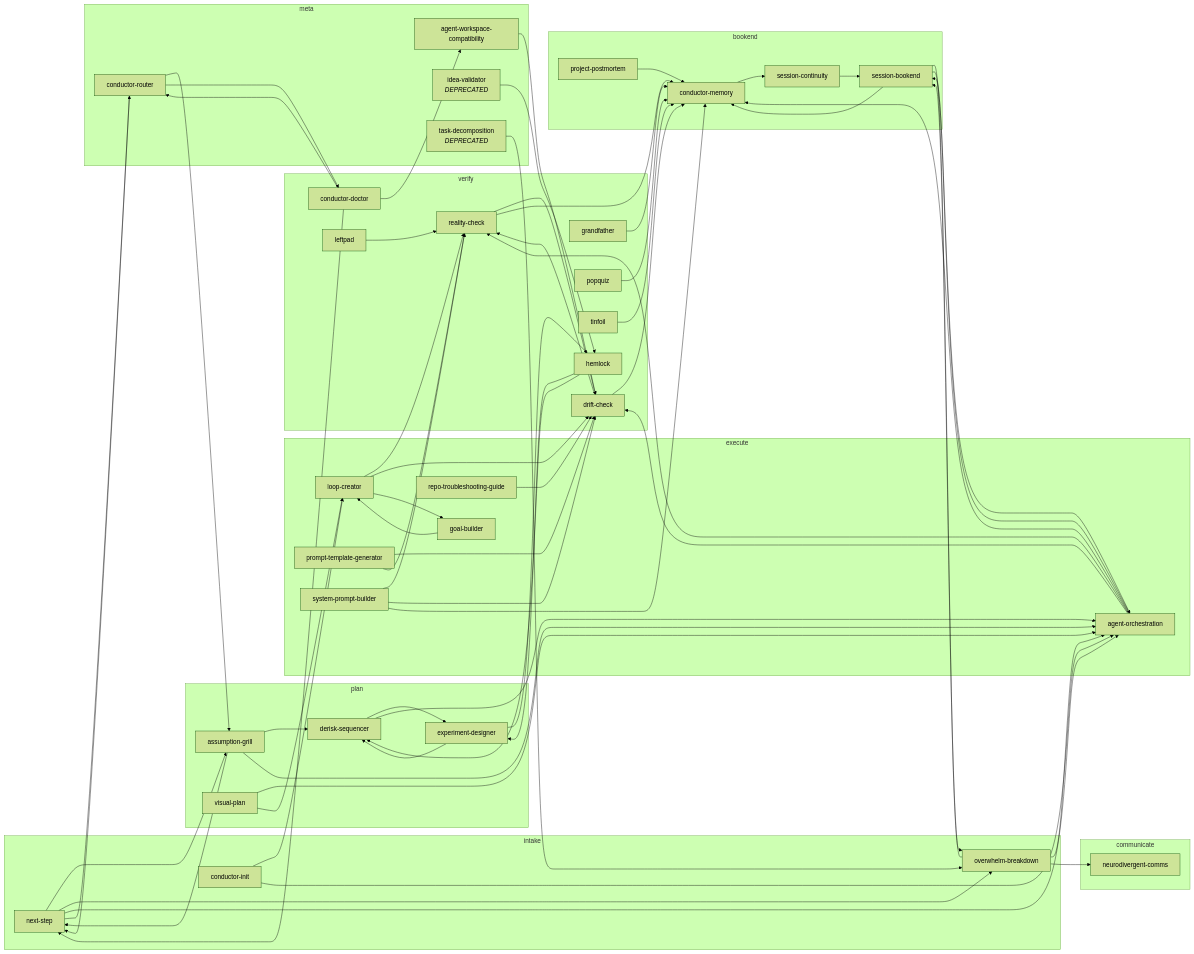
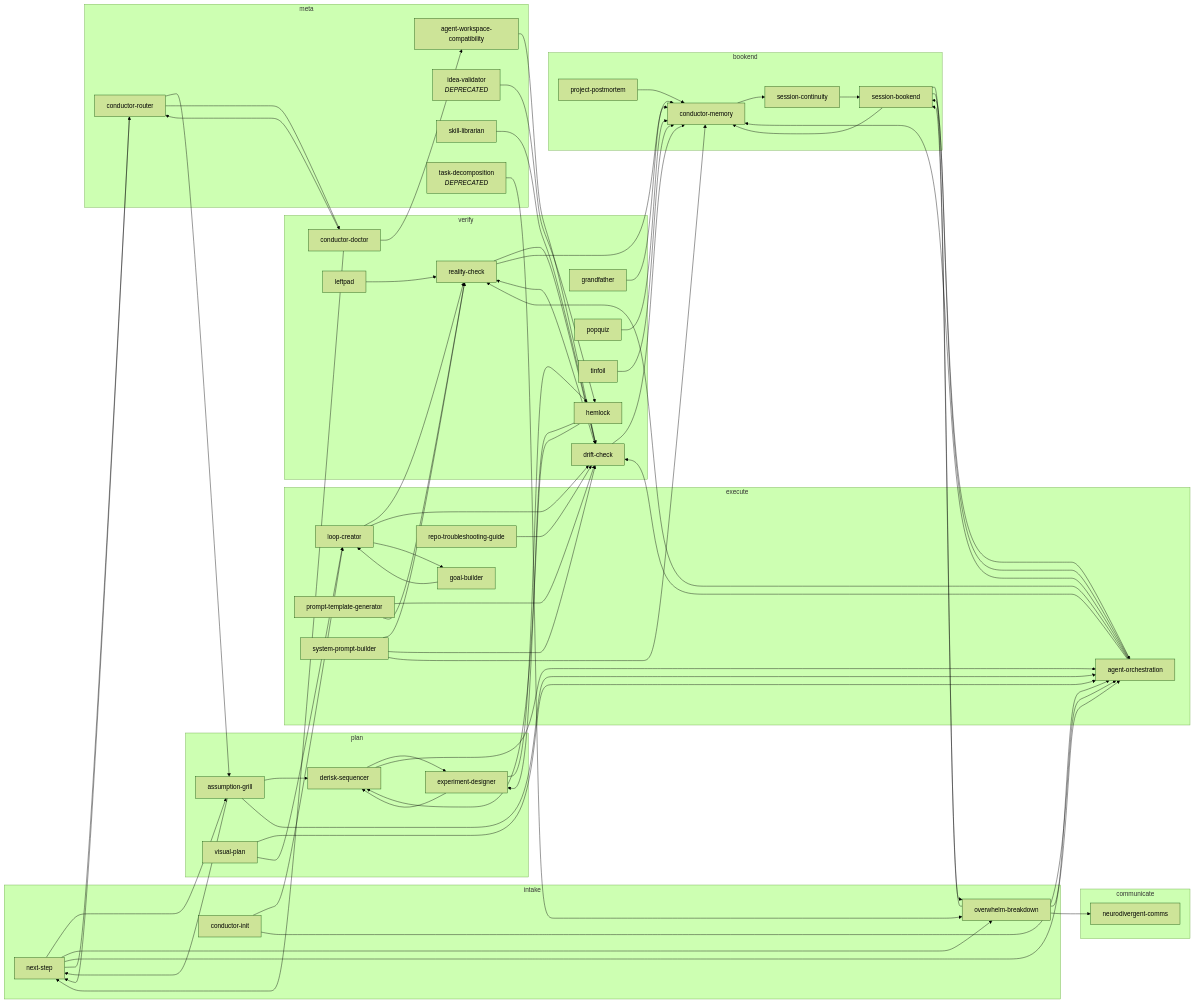
The diagram in skill-graph.md (scoobydrew83/skills), drawn with Mermaid (forest theme) before and after one commit. The commit also changed other lines of this file and 5 other files, not shown here.

Commit message:
feat: add skill-librarian for managing and auditing skills library

```diff
--- a/skill-graph.md
+++ b/skill-graph.md
@@ -84,6 +85,7 @@
     agent-workspace-compatibility
     conductor-router
     idea-validator["idea-validator<br/><i>DEPRECATED</i>"]
+    skill-librarian
     task-decomposition["task-decomposition<br/><i>DEPRECATED</i>"]
   end
   agent-orchestration --> reality-check
@@ -136,6 +138,7 @@
   session-bookend --> agent-orchestration
   session-bookend --> conductor-memory
   session-continuity --> session-bookend
+  skill-librarian --> drift-check
   system-prompt-builder --> reality-check
   system-prompt-builder --> drift-check
   system-prompt-builder --> conductor-memory
```
